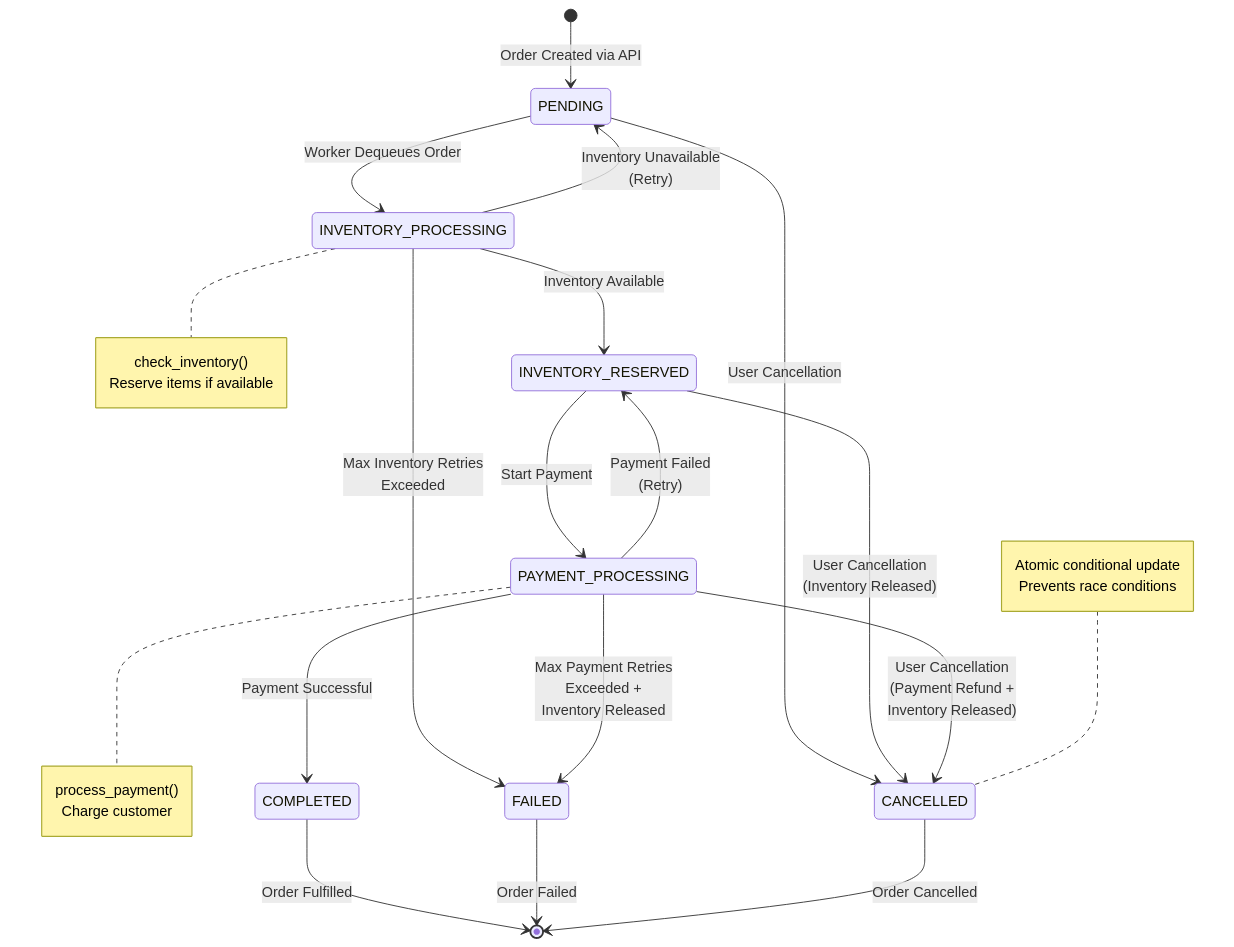
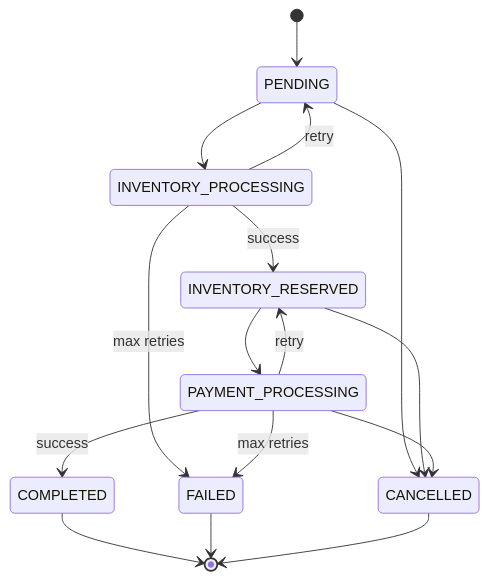
The second of 2 diagrams in DESIGN.md (Biswajit2595/flask-assignment), drawn with Mermaid before and after one commit. The commit also changed other lines of this file, not shown here.

````diff
--- a/DESIGN.md
+++ b/DESIGN.md
@@ -130,36 +36,18 @@
 ```mermaid
 stateDiagram-v2
-    [*] --> PENDING: Order Created via API
-    PENDING --> INVENTORY_PROCESSING: Worker Dequeues Order
-    INVENTORY_PROCESSING --> INVENTORY_RESERVED: Inventory Available
-    INVENTORY_PROCESSING --> PENDING: Inventory Unavailable<br/>(Retry)
-    INVENTORY_PROCESSING --> FAILED: Max Inventory Retries<br/>Exceeded
-
-    INVENTORY_RESERVED --> PAYMENT_PROCESSING: Start Payment
-    PAYMENT_PROCESSING --> COMPLETED: Payment Successful
-    PAYMENT_PROCESSING --> INVENTORY_RESERVED: Payment Failed<br/>(Retry)
-    PAYMENT_PROCESSING --> FAILED: Max Payment Retries<br/>Exceeded +<br/>Inventory Released
-
-    PENDING --> CANCELLED: User Cancellation
-    INVENTORY_RESERVED --> CANCELLED: User Cancellation<br/>(Inventory Released)
-    PAYMENT_PROCESSING --> CANCELLED: User Cancellation<br/>(Payment Refund +<br/>Inventory Released)
-
-    COMPLETED --> [*]: Order Fulfilled
-    FAILED --> [*]: Order Failed
-    CANCELLED --> [*]: Order Cancelled
-
-    note right of INVENTORY_PROCESSING
-        check_inventory()
-        Reserve items if available
-    end note
-
-    note right of PAYMENT_PROCESSING
-        process_payment()
-        Charge customer
-    end note
-
-    note left of CANCELLED
-        Atomic conditional update
-        Prevents race conditions
-    end note
+    [*] --> PENDING
+    PENDING --> INVENTORY_PROCESSING
+    INVENTORY_PROCESSING --> INVENTORY_RESERVED: success
+    INVENTORY_PROCESSING --> PENDING: retry
+    INVENTORY_PROCESSING --> FAILED: max retries
+    INVENTORY_RESERVED --> PAYMENT_PROCESSING
+    PAYMENT_PROCESSING --> COMPLETED: success
+    PAYMENT_PROCESSING --> INVENTORY_RESERVED: retry
+    PAYMENT_PROCESSING --> FAILED: max retries
+    PENDING --> CANCELLED
+    INVENTORY_RESERVED --> CANCELLED
+    PAYMENT_PROCESSING --> CANCELLED
+    COMPLETED --> [*]
+    FAILED --> [*]
+    CANCELLED --> [*]
 ```
````
